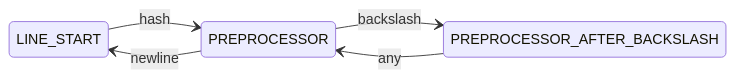
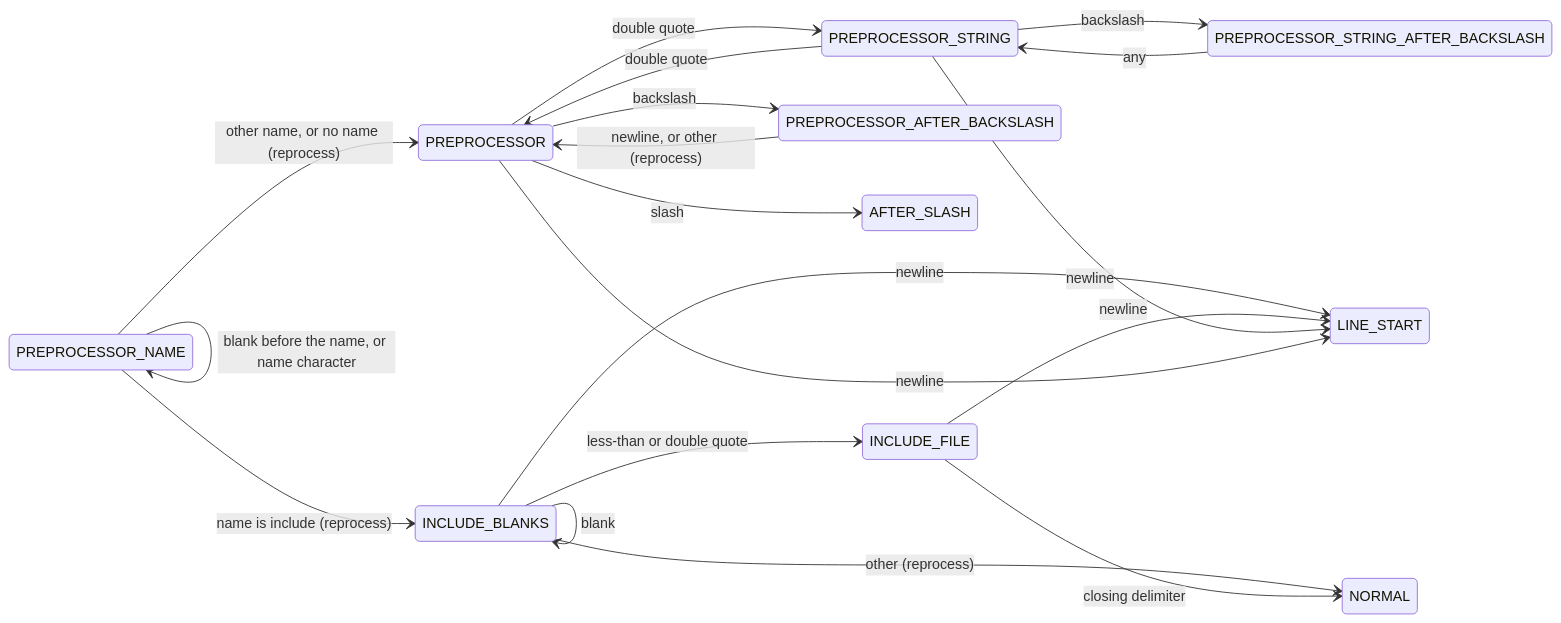
One commit to castlelli/mac0122 changed the eighth of 8 diagrams in README.md. Above: the diagram before and after it, drawn with Mermaid. The commit also changed other lines of this file and 2 other files, not shown here.

````diff
--- a/README.md
+++ b/README.md
@@ -268,8 +323,22 @@
 ```mermaid
 stateDiagram-v2
     direction LR
-    LINE_START --> PREPROCESSOR : hash
+    PREPROCESSOR_NAME --> PREPROCESSOR_NAME : blank before the name, or name character
+    PREPROCESSOR_NAME --> INCLUDE_BLANKS : name is include (reprocess)
+    PREPROCESSOR_NAME --> PREPROCESSOR : other name, or no name (reprocess)
+    INCLUDE_BLANKS --> INCLUDE_BLANKS : blank
+    INCLUDE_BLANKS --> INCLUDE_FILE : less-than or double quote
+    INCLUDE_BLANKS --> LINE_START : newline
+    INCLUDE_BLANKS --> NORMAL : other (reprocess)
+    INCLUDE_FILE --> NORMAL : closing delimiter
+    INCLUDE_FILE --> LINE_START : newline
     PREPROCESSOR --> PREPROCESSOR_AFTER_BACKSLASH : backslash
-    PREPROCESSOR_AFTER_BACKSLASH --> PREPROCESSOR : any
+    PREPROCESSOR_AFTER_BACKSLASH --> PREPROCESSOR : newline, or other (reprocess)
+    PREPROCESSOR --> AFTER_SLASH : slash
+    PREPROCESSOR --> PREPROCESSOR_STRING : double quote
+    PREPROCESSOR_STRING --> PREPROCESSOR_STRING_AFTER_BACKSLASH : backslash
+    PREPROCESSOR_STRING_AFTER_BACKSLASH --> PREPROCESSOR_STRING : any
+    PREPROCESSOR_STRING --> PREPROCESSOR : double quote
+    PREPROCESSOR_STRING --> LINE_START : newline
     PREPROCESSOR --> LINE_START : newline
 ```
````
